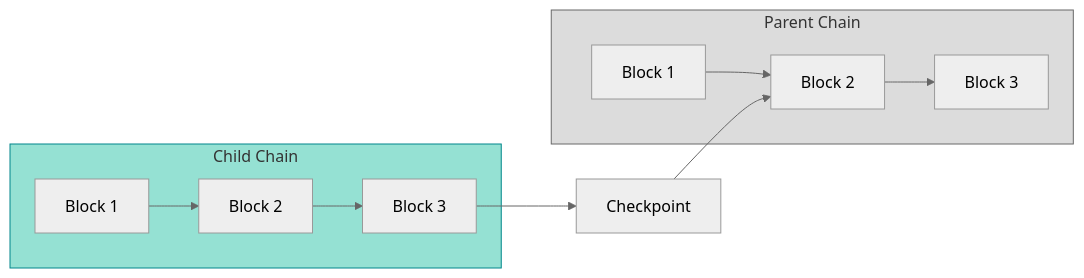
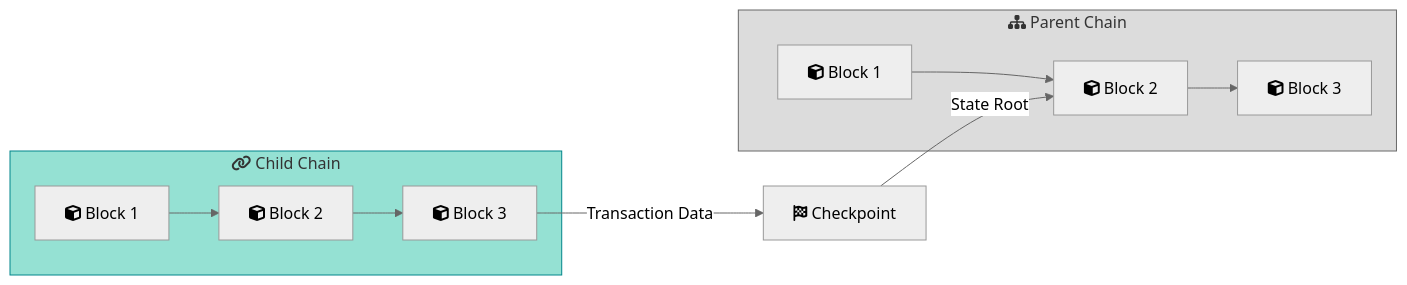
Before and after one commit to kelvin-bz/blog: diagram 24 of 25 in _posts/2024-07-06-blockchain-for-dummies.md, drawn with Mermaid (neutral theme). The commit also changed other lines of this file and 1 other file, not shown here.

````diff
--- a/_posts/2024-07-06-blockchain-for-dummies.md
+++ b/_posts/2024-07-06-blockchain-for-dummies.md
@@ -944,21 +971,22 @@
 ```mermaid
 graph LR
-    subgraph ChildChain["Child Chain"]
+    subgraph ChildChain["fa:fa-link Child Chain"]
         style ChildChain fill:#95E1D3,stroke:#00868B
-        ChildBlock1["Block 1"]
-        ChildBlock2["Block 2"]
-        ChildBlock3["Block 3"]
+        ChildBlock1["fa:fa-cube Block 1"]
+        ChildBlock2["fa:fa-cube Block 2"]
+        ChildBlock3["fa:fa-cube Block 3"]
         ChildBlock1 --> ChildBlock2 --> ChildBlock3
     end
 
-    subgraph ParentChain["Parent Chain"]
+    subgraph ParentChain["fa:fa-sitemap Parent Chain"]
         style ParentChain fill:#DCDCDC,stroke:#696969
-        ParentBlock1["Block 1"]
-        ParentBlock2["Block 2"]
-        ParentBlock3["Block 3"]
+        ParentBlock1["fa:fa-cube Block 1"]
+        ParentBlock2["fa:fa-cube Block 2"]
+        ParentBlock3["fa:fa-cube Block 3"]
         ParentBlock1 --> ParentBlock2 --> ParentBlock3
     end
 
-    ChildBlock3 --> Checkpoint["Checkpoint"]
-    Checkpoint --> ParentBlock2
+    ChildBlock3 --> |"Transaction Data"| Checkpoint["fa:fa-flag-checkered Checkpoint"]
+    Checkpoint --> |"State Root"| ParentBlock2
+
 ```
````
